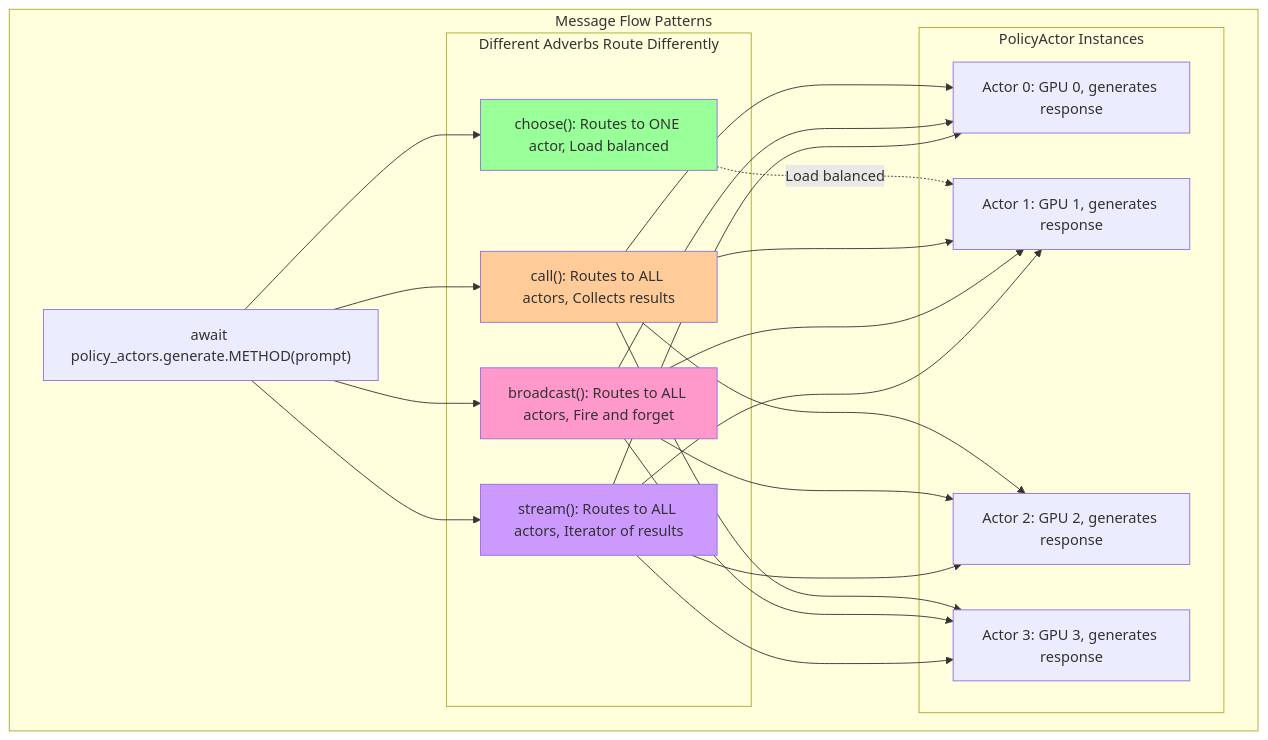
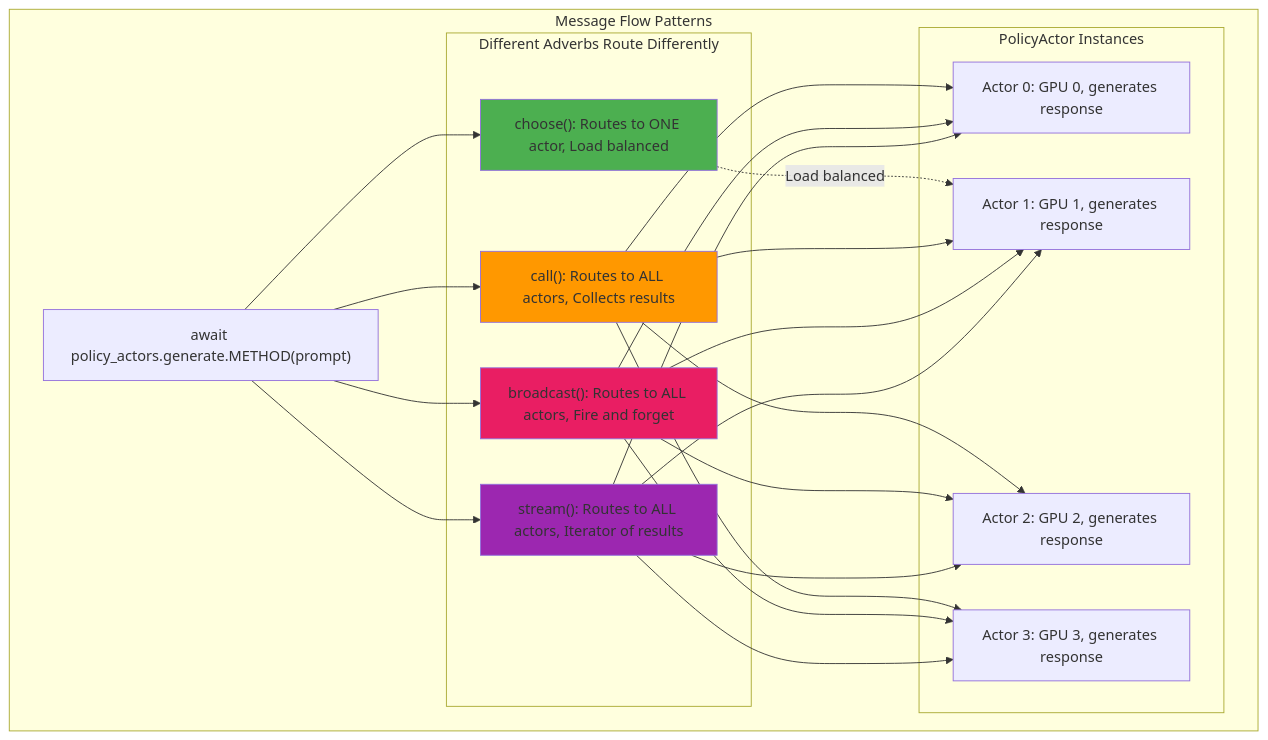
Before and after one commit to meta-pytorch/torchforge: the fifth of 8 diagrams in docs/Tutorials/3_Monarch_101.MD, drawn with Mermaid. The commit also changed other lines of this file and 2 other files, not shown here.

````diff
--- a/docs/Tutorials/3_Monarch_101.MD
+++ b/docs/Tutorials/3_Monarch_101.MD
@@ -223,44 +223,44 @@
 ```mermaid
 graph TD
     subgraph MessageFlow["Message Flow Patterns"]
         Client["await policy_actors.generate.METHOD(prompt)"]
 
         subgraph Methods["Different Adverbs Route Differently"]
             Choose["choose(): Routes to ONE actor, Load balanced"]
             Call["call(): Routes to ALL actors, Collects results"]
             Broadcast["broadcast(): Routes to ALL actors, Fire and forget"]
             Stream["stream(): Routes to ALL actors, Iterator of results"]
         end
 
         subgraph ActorInstances["PolicyActor Instances"]
             A0["Actor 0: GPU 0, generates response"]
             A1["Actor 1: GPU 1, generates response"]
             A2["Actor 2: GPU 2, generates response"]
             A3["Actor 3: GPU 3, generates response"]
         end
 
         Client --> Choose
         Client --> Call
         Client --> Broadcast
         Client --> Stream
 
         Choose -.->|"Load balanced"| A1
         Call --> A0
         Call --> A1
         Call --> A2
         Call --> A3
         Broadcast --> A0
         Broadcast --> A1
         Broadcast --> A2
         Broadcast --> A3
         Stream --> A0
         Stream --> A1
         Stream --> A2
         Stream --> A3
     end
 
-    style Choose fill:#99ff99
-    style Call fill:#ffcc99
-    style Broadcast fill:#ff99cc
-    style Stream fill:#cc99ff
+    style Choose fill:#4CAF50
+    style Call fill:#FF9800
+    style Broadcast fill:#E91E63
+    style Stream fill:#9C27B0
 ```
````
